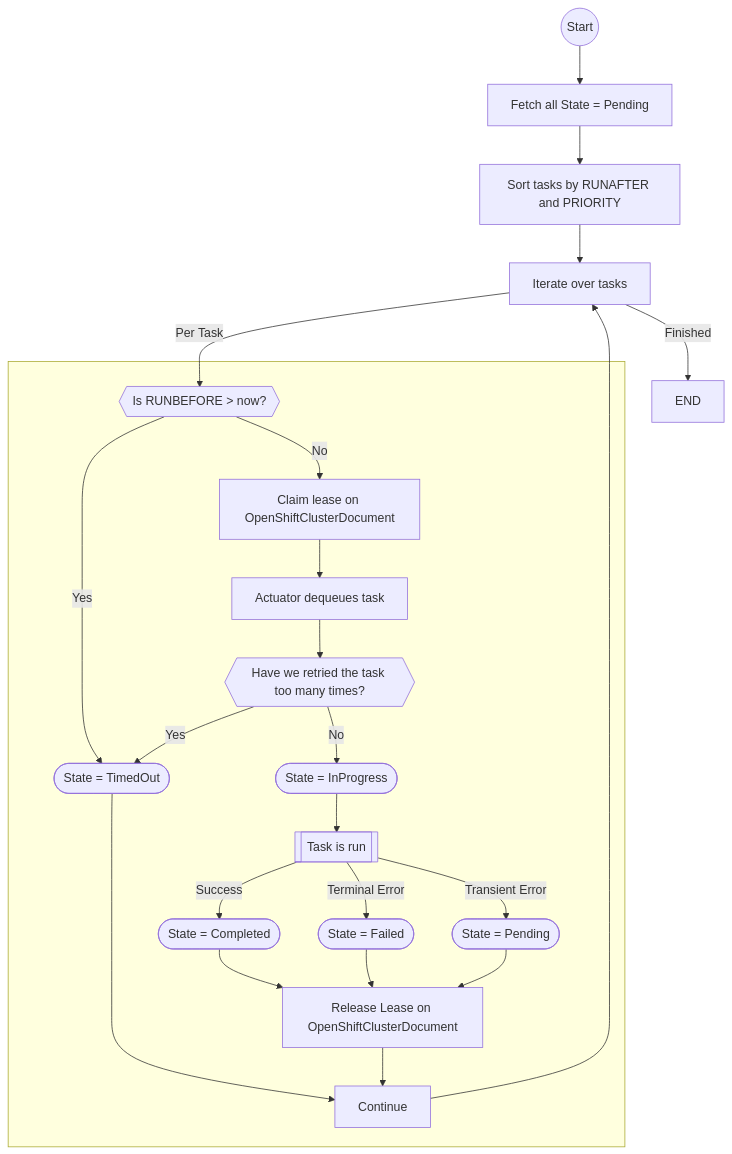
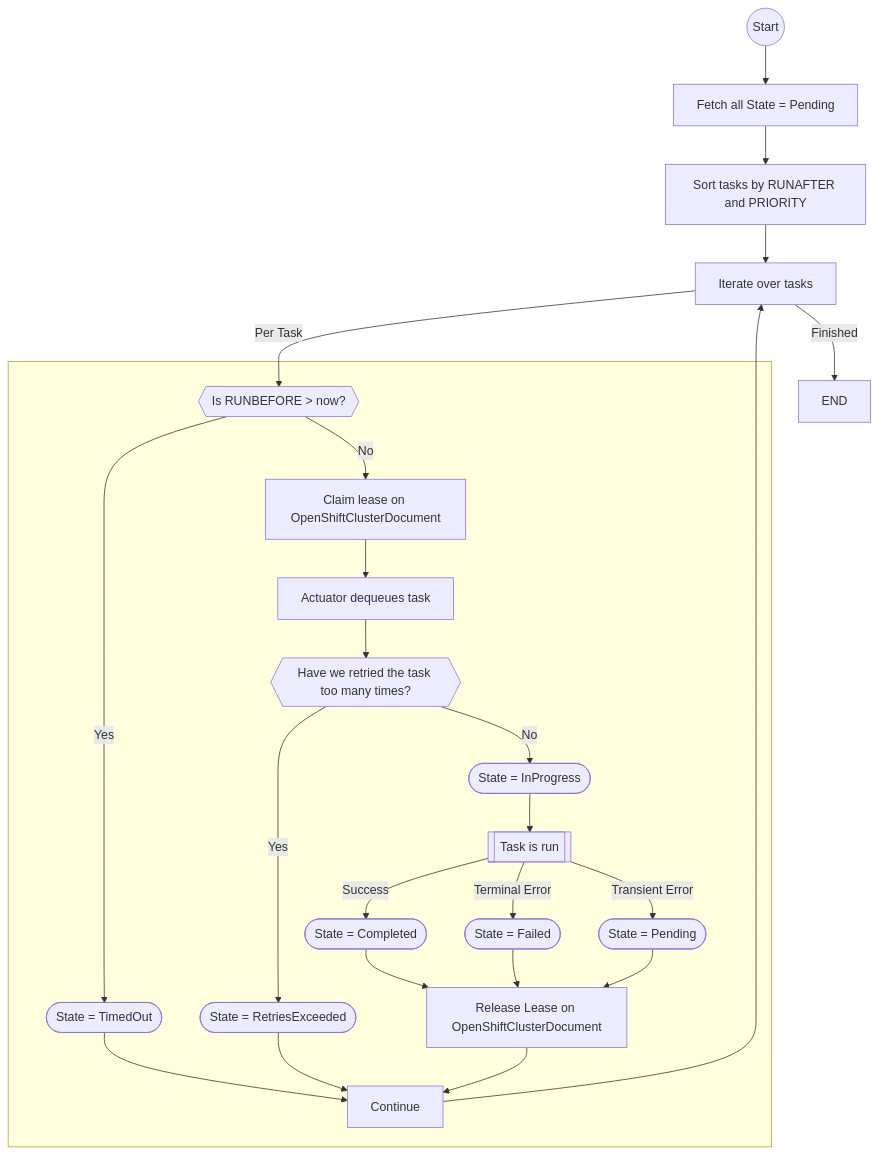
One commit to Azure/ARO-RP changed the diagram in docs/mimo/actuator.md. Above: the diagram before and after it, drawn with Mermaid. The commit also changed 11 other files, not shown here.

````diff
--- a/docs/mimo/actuator.md
+++ b/docs/mimo/actuator.md
@@ -6,25 +6,25 @@
 ```mermaid
 graph TD;
     START((Start))-->QUERY;
     QUERY[Fetch all State = Pending] -->SORT;
     SORT[Sort tasks by RUNAFTER and PRIORITY]-->ITERATE[Iterate over tasks];
     ITERATE-- Per Task -->ISEXPIRED;
     subgraph PerTask[ ]
     ISEXPIRED{{Is RUNBEFORE > now?}}-- Yes --> STATETIMEDOUT([State = TimedOut]) --> CONTINUE[Continue];
     ISEXPIRED-- No --> DEQUEUECLUSTER;
     DEQUEUECLUSTER[Claim lease on OpenShiftClusterDocument] --> DEQUEUE;
     DEQUEUE[Actuator dequeues task]--> ISRETRYLIMIT;
-    ISRETRYLIMIT{{Have we retried the task too many times?}} -- Yes --> STATETIMEDOUT;
+    ISRETRYLIMIT{{Have we retried the task too many times?}} -- Yes --> STATERETRYEXCEEDED([State = RetriesExceeded]) --> CONTINUE;
     ISRETRYLIMIT -- No -->STATEINPROGRESS;
     STATEINPROGRESS([State = InProgress]) -->RUN[[Task is run]];
     RUN -- Success --> SUCCESS
     RUN-- Terminal Error-->TERMINALERROR;
     RUN-- Transient Error-->TRANSIENTERROR;
     SUCCESS([State = Completed])-->DELEASECLUSTER
     TERMINALERROR([State = Failed])-->DELEASECLUSTER;
     TRANSIENTERROR([State = Pending])-->DELEASECLUSTER;
     DELEASECLUSTER[Release Lease on OpenShiftClusterDocument] -->CONTINUE;
     end
     CONTINUE-->ITERATE;
     ITERATE-- Finished -->END;
 ```
````
